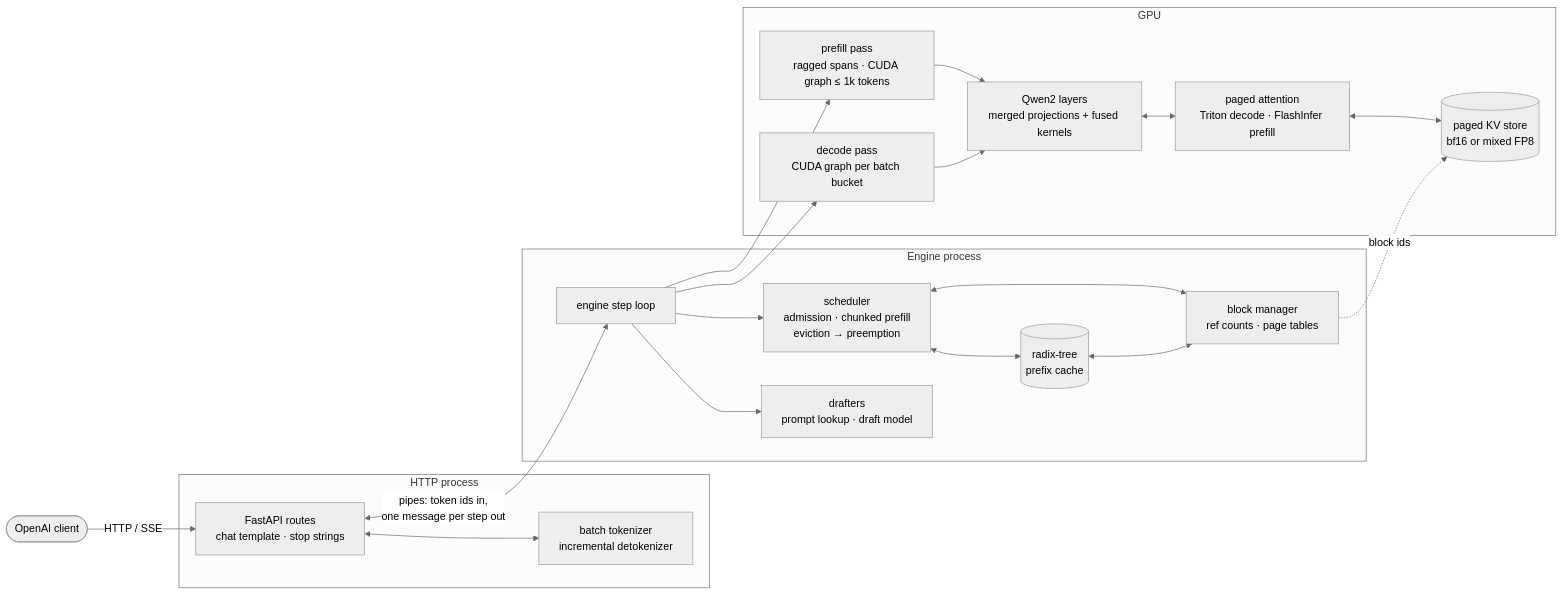
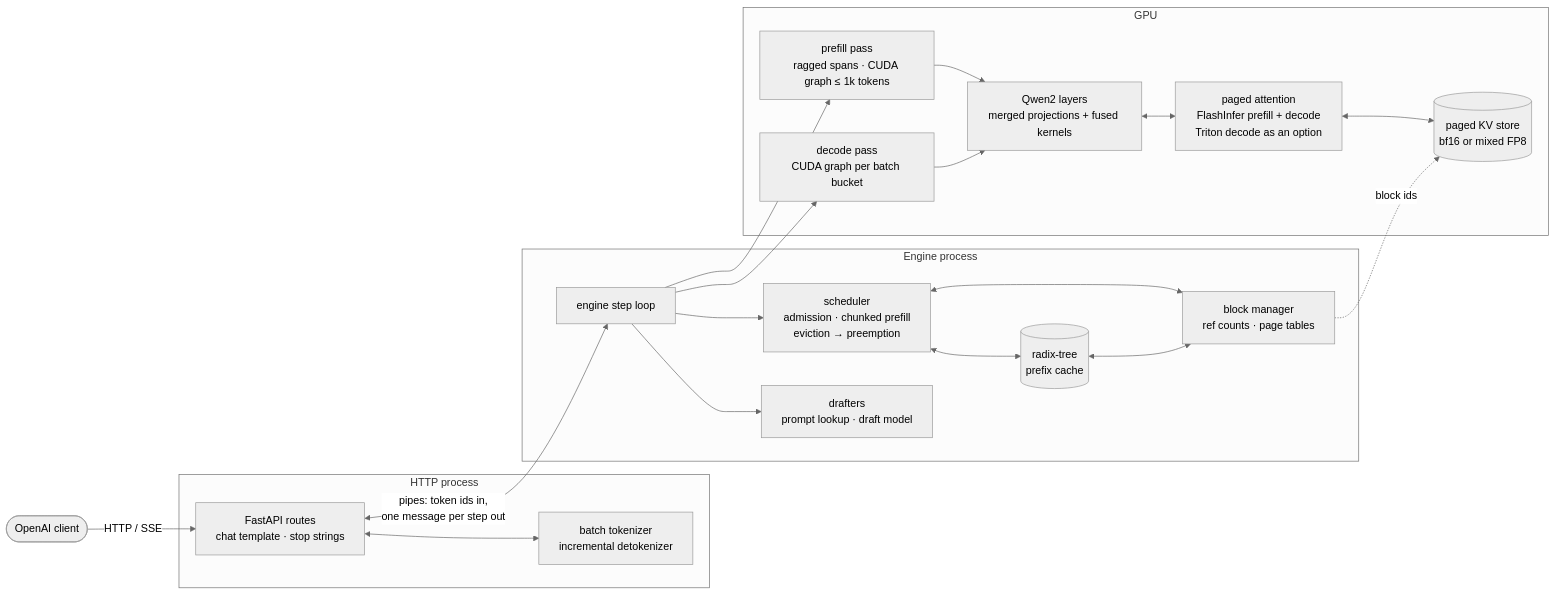
The diagram in README.md (visshbala21/minfer), drawn with Mermaid (neutral theme) before and after one commit. The commit also changed other lines of this file and 8 other files, not shown here.

Commit message:
Phase 17: final write-up (DESIGN M-029, PROGRESS, README architecture and components)

````diff
--- a/README.md
+++ b/README.md
@@ -217,41 +217,41 @@
 ```mermaid
 flowchart LR
     client([OpenAI client]) -->|HTTP / SSE| api
 
     subgraph frontend [HTTP process]
         api[FastAPI routes<br/>chat template · stop strings]
         tok[batch tokenizer<br/>incremental detokenizer]
         api <--> tok
     end
 
     api <-->|"pipes: token ids in,<br/>one message per step out"| loop
 
     subgraph engine [Engine process]
         loop[engine step loop]
         sched[scheduler<br/>admission · chunked prefill<br/>eviction → preemption]
         radix[(radix-tree<br/>prefix cache)]
         blocks[block manager<br/>ref counts · page tables]
         spec[drafters<br/>prompt lookup · draft model]
         loop --> sched
         sched <--> radix
         sched <--> blocks
         radix <--> blocks
         loop --> spec
     end
 
     subgraph gpu [GPU]
         prefill[prefill pass<br/>ragged spans · CUDA graph ≤ 1k tokens]
         decode[decode pass<br/>CUDA graph per batch bucket]
         model[Qwen2 layers<br/>merged projections + fused kernels]
-        attn[paged attention<br/>Triton decode · FlashInfer prefill]
+        attn[paged attention<br/>FlashInfer prefill + decode<br/>Triton decode as an option]
         kv[(paged KV store<br/>bf16 or mixed FP8)]
         prefill --> model
         decode --> model
         model <--> attn
         attn <--> kv
     end
 
     loop --> prefill
     loop --> decode
     blocks -. block ids .-> kv
 ```
````
